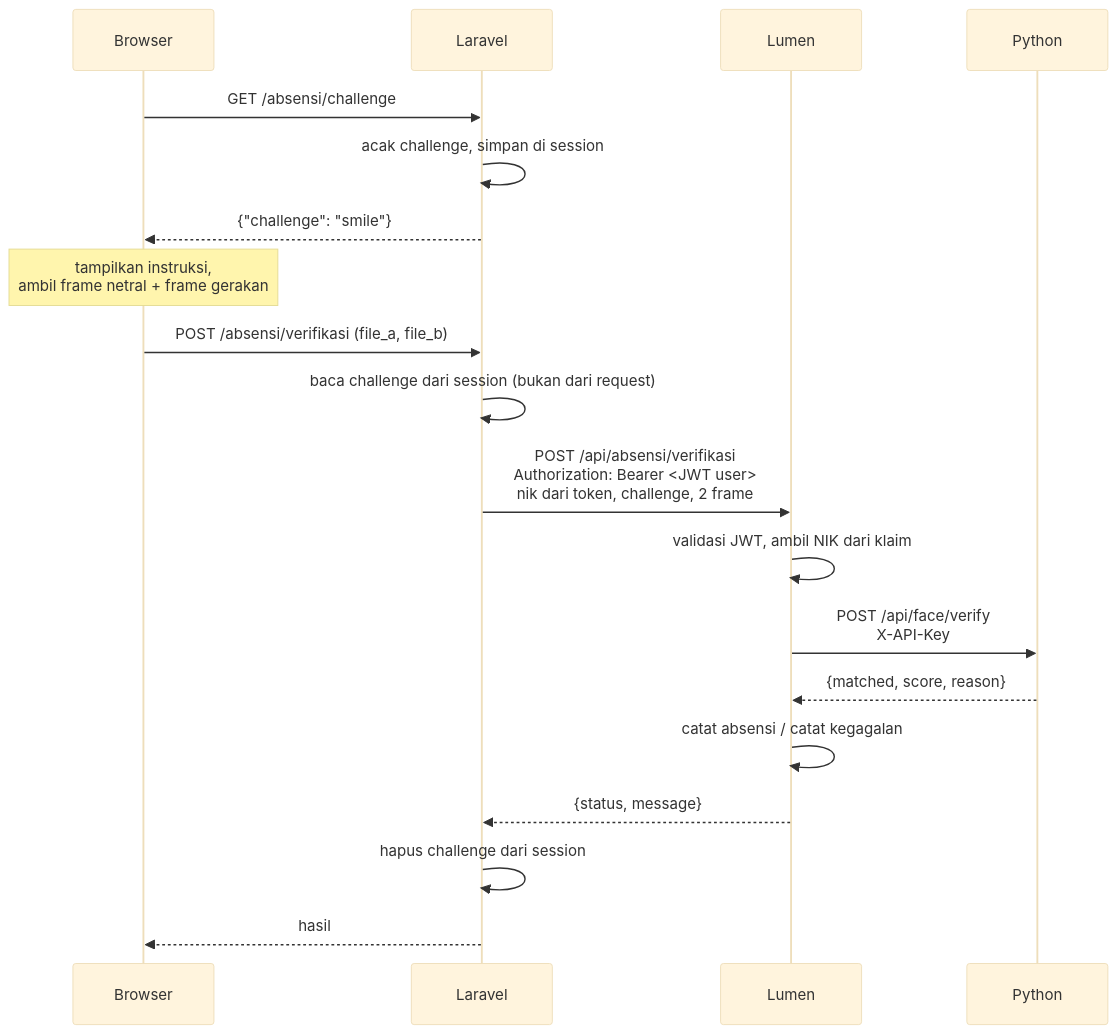
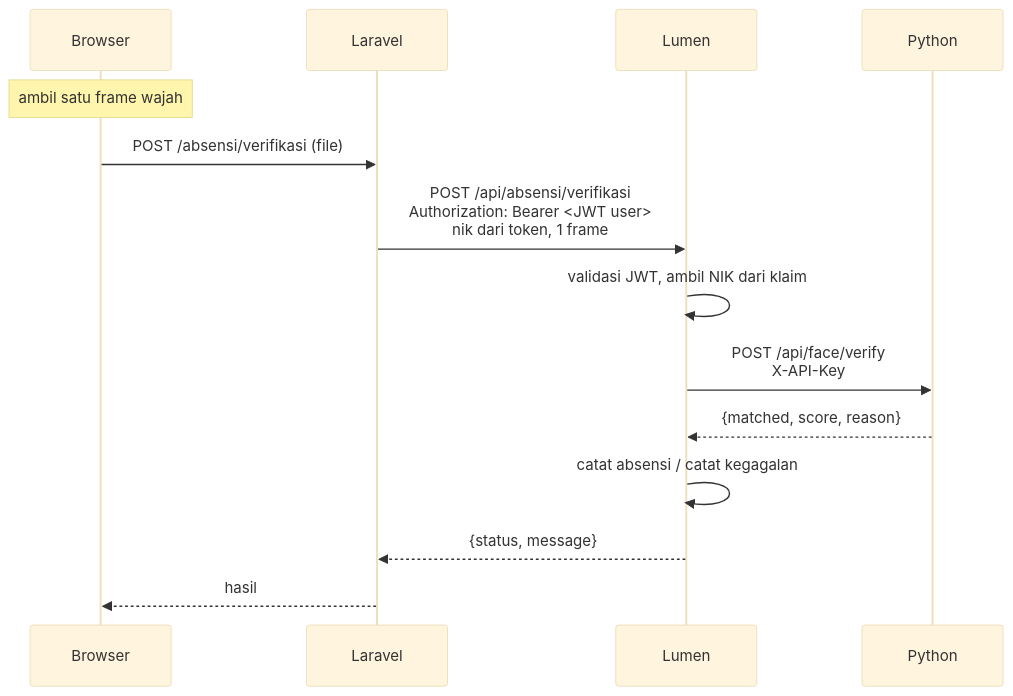
Before and after one commit to oktapascal/fastapi-fr: the diagram in docs/integrasi-laravel.md, drawn with Mermaid (base theme). The commit also changed other lines of this file and 6 other files, not shown here.

````diff
--- a/docs/integrasi-laravel.md
+++ b/docs/integrasi-laravel.md
@@ -32,24 +31,18 @@
 ```mermaid
 sequenceDiagram
     participant B as Browser
     participant L as Laravel
     participant M as Lumen
     participant P as Python
 
-    B->>L: GET /absensi/challenge
-    L->>L: acak challenge, simpan di session
-    L-->>B: {"challenge": "smile"}
+    Note over B: ambil satu frame wajah
 
-    Note over B: tampilkan instruksi,<br/>ambil frame netral + frame gerakan
-
-    B->>L: POST /absensi/verifikasi (file_a, file_b)
-    L->>L: baca challenge dari session (bukan dari request)
-    L->>M: POST /api/absensi/verifikasi<br/>Authorization: Bearer <JWT user><br/>nik dari token, challenge, 2 frame
+    B->>L: POST /absensi/verifikasi (file)
+    L->>M: POST /api/absensi/verifikasi<br/>Authorization: Bearer <JWT user><br/>nik dari token, 1 frame
     M->>M: validasi JWT, ambil NIK dari klaim
     M->>P: POST /api/face/verify<br/>X-API-Key
     P-->>M: {matched, score, reason}
     M->>M: catat absensi / catat kegagalan
     M-->>L: {status, message}
-    L->>L: hapus challenge dari session
     L-->>B: hasil
 ```
````
